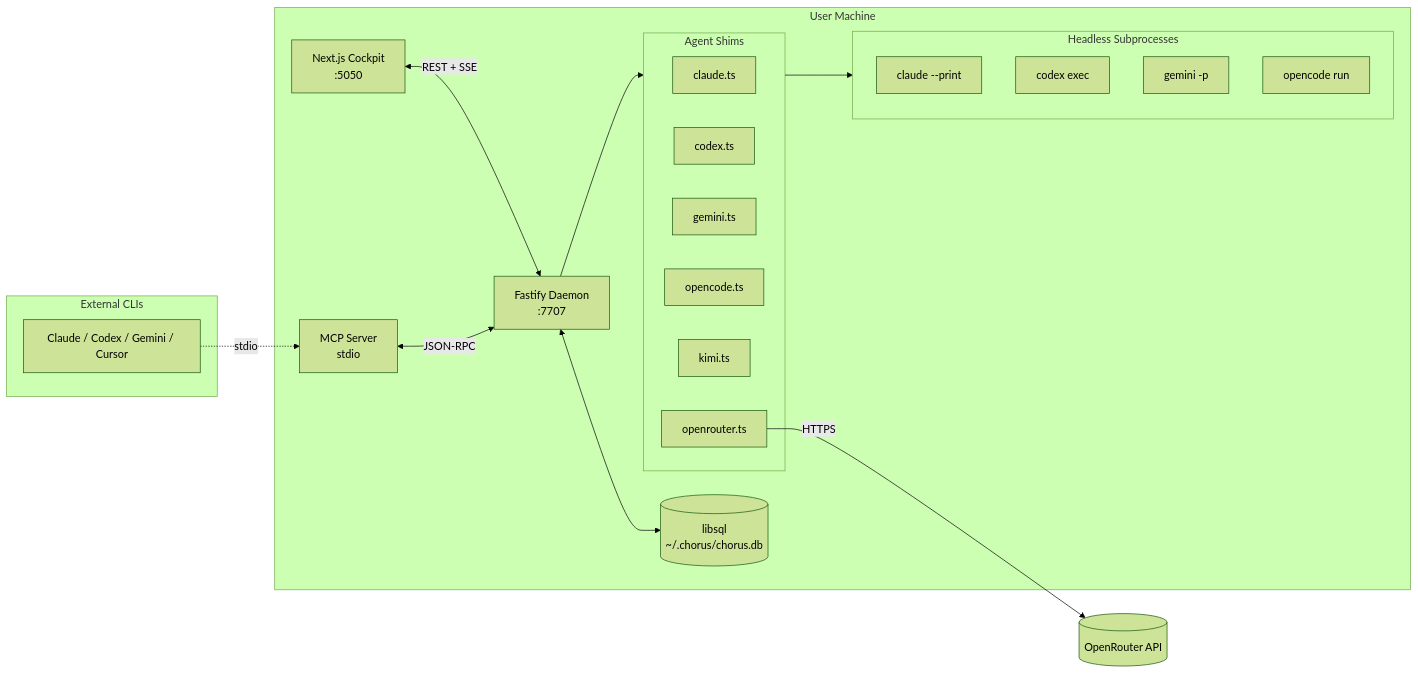
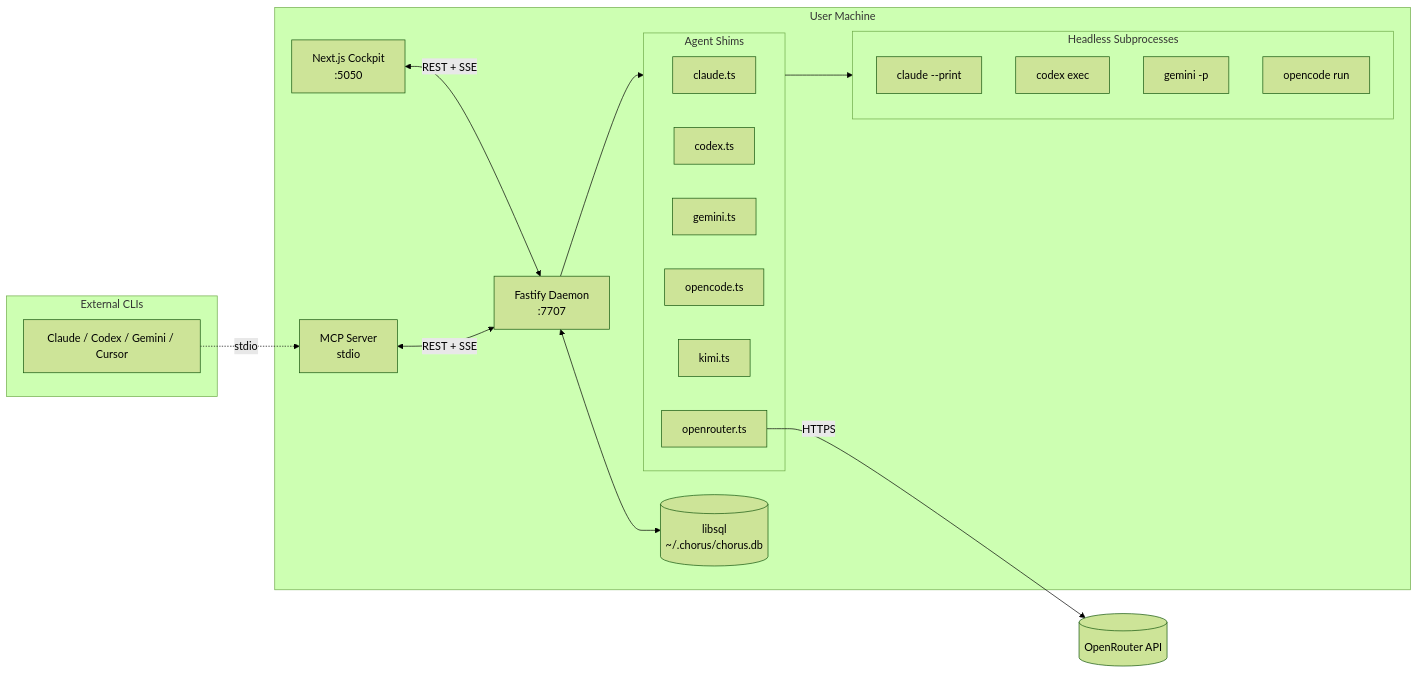
One commit to albovsky/code-council changed the fourth of 4 diagrams in README.md. Above: the diagram before and after it, drawn with Mermaid (forest theme). The commit also changed other lines of this file, not shown here.

````diff
--- a/README.md
+++ b/README.md
@@ -282,38 +282,38 @@
 ```mermaid
 flowchart LR
     subgraph User["User Machine"]
         Cockpit["Next.js Cockpit<br/>:5050"]
         Daemon["Fastify Daemon<br/>:7707"]
         MCP["MCP Server<br/>stdio"]
         DB[("libsql<br/>~/.chorus/chorus.db")]
 
         subgraph Shims["Agent Shims"]
             ClaudeS[claude.ts]
             CodexS[codex.ts]
             GeminiS[gemini.ts]
             OpenCodeS[opencode.ts]
             KimiS[kimi.ts]
             ORouterS[openrouter.ts]
         end
 
         subgraph Subprocs["Headless Subprocesses"]
             ClaudeP[claude --print]
             CodexP[codex exec]
             GeminiP[gemini -p]
             OpenCodeP[opencode run]
         end
 
         Cockpit <-->|REST + SSE| Daemon
         Daemon <--> DB
         Daemon --> Shims
         Shims --> Subprocs
-        MCP <-->|JSON-RPC| Daemon
+        MCP <-->|REST + SSE| Daemon
     end
 
     subgraph External["External CLIs"]
         ExtCLI[Claude / Codex / Gemini / Cursor]
     end
 
     ExtCLI -.->|stdio| MCP
     ORouterS -->|HTTPS| OpenRouter[(OpenRouter API)]
 ```
````
